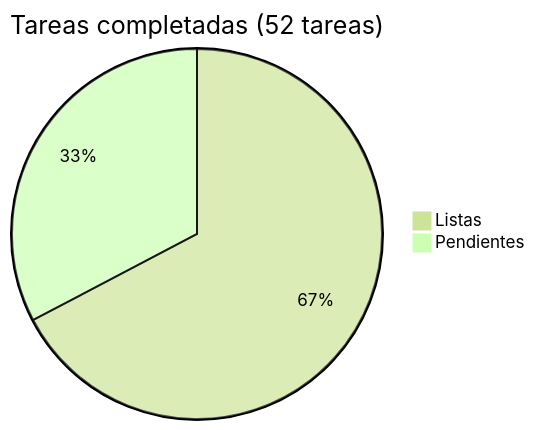
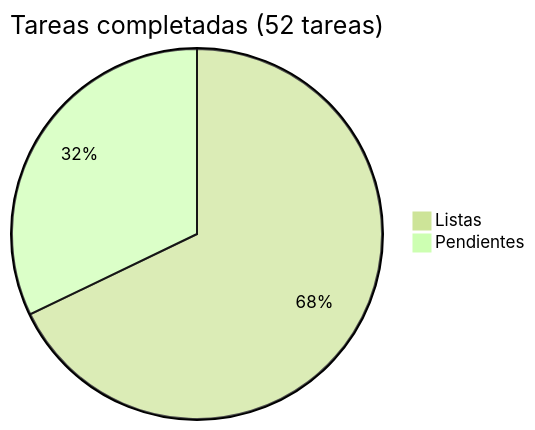
The diagram in docs/roadmap/README.md (adelgadox/centroacopiove), drawn with Mermaid (forest theme) before and after one commit. The commit also changed other lines of this file and 21 other files, not shown here.

````diff
--- a/docs/roadmap/README.md
+++ b/docs/roadmap/README.md
@@ -5,5 +5,5 @@
 ```mermaid
 pie title Tareas completadas (52 tareas)
-    "Listas" : 35
-    "Pendientes" : 17
+    "Listas" : 38
+    "Pendientes" : 18
 ```
````
